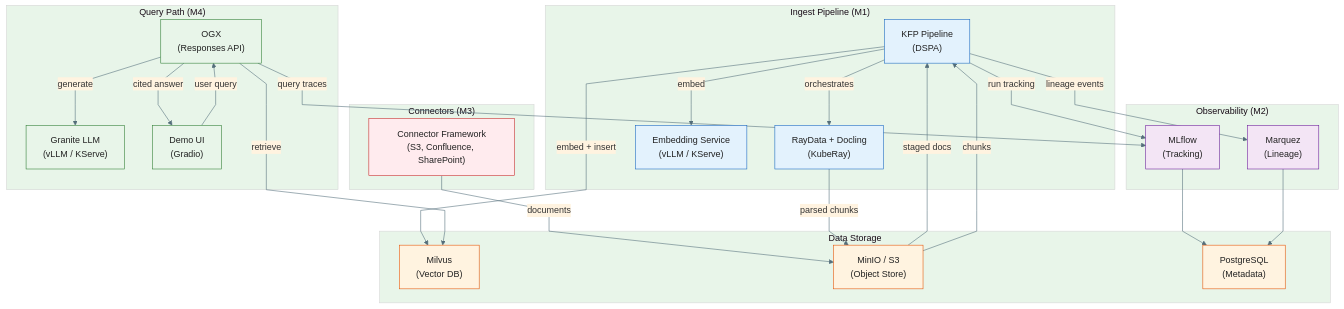
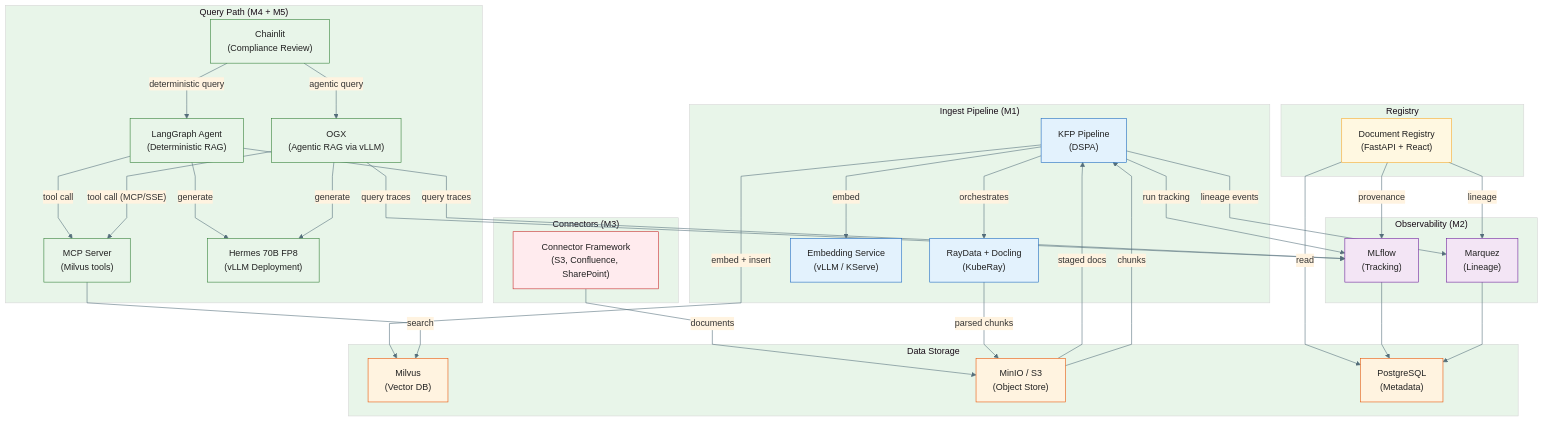
The second of 2 diagrams in docs/architecture/overview.md (briangallagher/data-strat-poc), drawn with Mermaid before and after one commit. The commit also changed other lines of this file and 25 other files, not shown here.

````diff
--- a/docs/architecture/overview.md
+++ b/docs/architecture/overview.md
@@ -70,62 +70,78 @@
 ```mermaid
 %%{init: {'theme': 'base', 'themeVariables': {'primaryColor': '#E8F4FD', 'secondaryColor': '#FFF3E0', 'tertiaryColor': '#E8F5E9', 'lineColor': '#546E7A', 'textColor': '#212121'}, 'flowchart': {'curve': 'linear', 'rankSpacing': 50, 'padding': 15}}}%%
 flowchart TB
     subgraph ingest ["Ingest Pipeline (M1)"]
         KFP["KFP Pipeline\n(DSPA)"]
         RAY["RayData + Docling\n(KubeRay)"]
         EMB_SVC["Embedding Service\n(vLLM / KServe)"]
     end
 
     subgraph storage ["Data Storage"]
         MILVUS["Milvus\n(Vector DB)"]
         MINIO["MinIO / S3\n(Object Store)"]
         PG["PostgreSQL\n(Metadata)"]
     end
 
-    subgraph query ["Query Path (M4)"]
-        OGX["OGX\n(Responses API)"]
-        LLM["Granite LLM\n(vLLM / KServe)"]
-        UI["Demo UI\n(Gradio)"]
+    subgraph query ["Query Path (M4 + M5)"]
+        LANG["LangGraph Agent\n(Deterministic RAG)"]
+        MCP_Q["MCP Server\n(Milvus tools)"]
+        OGX["OGX\n(Agentic RAG via vLLM)"]
+        LLM["Hermes 70B FP8\n(vLLM Deployment)"]
+        UI["Chainlit\n(Compliance Review)"]
+    end
+
+    subgraph registry ["Registry"]
+        REG_SVC["Document Registry\n(FastAPI + React)"]
     end
 
     subgraph observability ["Observability (M2)"]
         MLFLOW["MLflow\n(Tracking)"]
         MARQUEZ["Marquez\n(Lineage)"]
     end
 
     subgraph connectors ["Connectors (M3)"]
         CONN["Connector Framework\n(S3, Confluence, SharePoint)"]
     end
 
     CONN -->|"documents"| MINIO
     MINIO -->|"staged docs"| KFP
     KFP -->|"orchestrates"| RAY
     RAY -->|"parsed chunks"| MINIO
     MINIO -->|"chunks"| KFP
     KFP -->|"embed + insert"| MILVUS
     KFP -->|"embed"| EMB_SVC
 
-    UI -->|"user query"| OGX
-    OGX -->|"retrieve"| MILVUS
+    UI -->|"deterministic query"| LANG
+    UI -->|"agentic query"| OGX
+    LANG -->|"tool call"| MCP_Q
+    OGX -->|"tool call (MCP/SSE)"| MCP_Q
+    MCP_Q -->|"search"| MILVUS
+    LANG -->|"generate"| LLM
     OGX -->|"generate"| LLM
-    OGX -->|"cited answer"| UI
 
     KFP -->|"run tracking"| MLFLOW
     KFP -->|"lineage events"| MARQUEZ
     OGX -->|"query traces"| MLFLOW
+    LANG -->|"query traces"| MLFLOW
+
+    REG_SVC -->|"read"| PG
+    REG_SVC -->|"provenance"| MLFLOW
+    REG_SVC -->|"lineage"| MARQUEZ
 
     MLFLOW --> PG
     MARQUEZ --> PG
 
     classDef ingestNode fill:#E3F2FD,stroke:#1565C0,color:#212121
     classDef storageNode fill:#FFF3E0,stroke:#E65100,color:#212121
     classDef queryNode fill:#E8F5E9,stroke:#2E7D32,color:#212121
     classDef obsNode fill:#F3E5F5,stroke:#6A1B9A,color:#212121
     classDef connNode fill:#FFEBEE,stroke:#C62828,color:#212121
+    classDef regNode fill:#FFF8E1,stroke:#F9A825,color:#212121
 
     class KFP,RAY,EMB_SVC ingestNode
     class MILVUS,MINIO,PG storageNode
-    class OGX,LLM,UI queryNode
+    class LANG,MCP_Q,OGX,LLM,UI queryNode
     class MLFLOW,MARQUEZ obsNode
     class CONN connNode
+    class REG_SVC regNode
 ```
````
